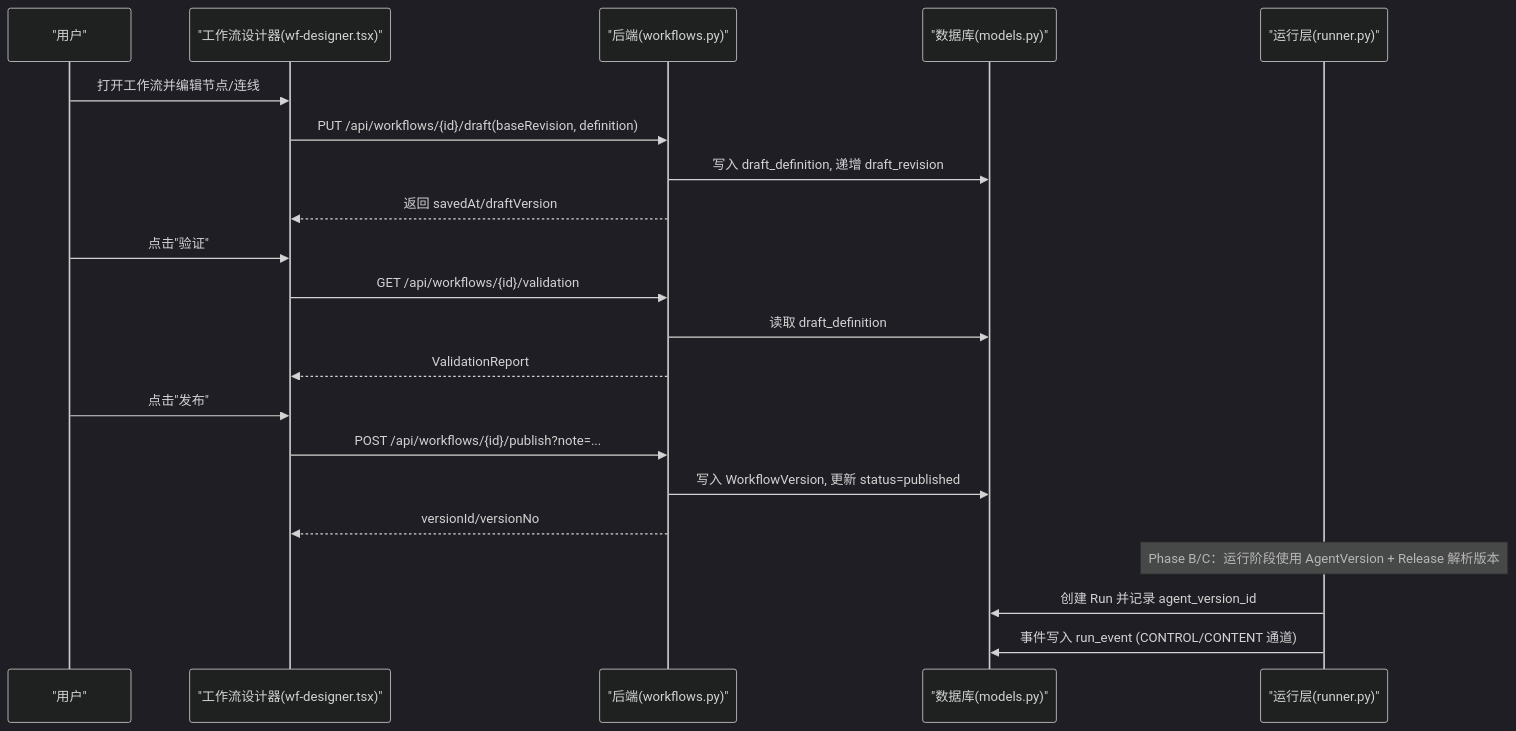
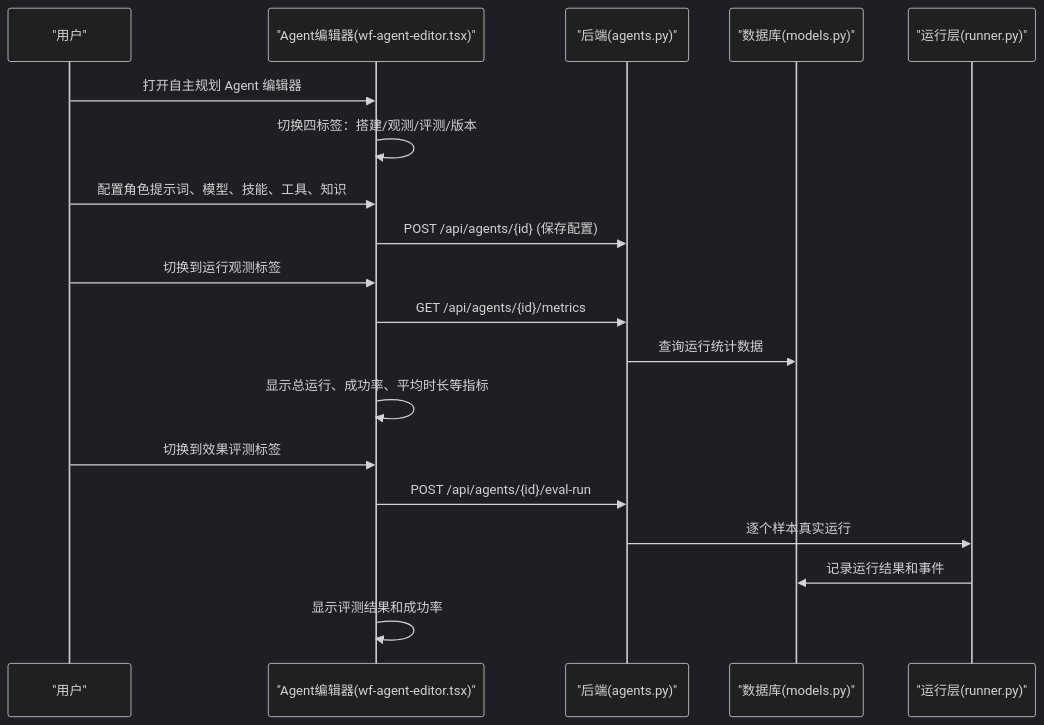
The first of 3 diagrams in .qoder/repowiki/zh/content/Agent 与工作流域.md (huiliuxu780/MoreThanCorn), drawn with Mermaid (dark theme) before and after one commit. The commit also changed other lines of this file and 141 other files, not shown here.

````diff
--- a/.qoder/repowiki/zh/content/Agent 与工作流域.md
+++ b/.qoder/repowiki/zh/content/Agent 与工作流域.md
@@ -48,23 +54,21 @@
 ```mermaid
 sequenceDiagram
 participant U as "用户"
-participant FE as "工作流设计器(wf-designer.tsx)"
-participant API as "后端(workflows.py)"
+participant FE as "Agent编辑器(wf-agent-editor.tsx)"
+participant API as "后端(agents.py)"
 participant DB as "数据库(models.py)"
 participant RUN as "运行层(runner.py)"
-U->>FE : 打开工作流并编辑节点/连线
-FE->>API : PUT /api/workflows/{id}/draft(baseRevision, definition)
-API->>DB : 写入 draft_definition, 递增 draft_revision
-API-->>FE : 返回 savedAt/draftVersion
-U->>FE : 点击"验证"
-FE->>API : GET /api/workflows/{id}/validation
-API->>DB : 读取 draft_definition
-API-->>FE : ValidationReport
-U->>FE : 点击"发布"
-FE->>API : POST /api/workflows/{id}/publish?note=...
-API->>DB : 写入 WorkflowVersion, 更新 status=published
-API-->>FE : versionId/versionNo
-Note over RUN : Phase B/C：运行阶段使用 AgentVersion + Release 解析版本
-RUN->>DB : 创建 Run 并记录 agent_version_id
-RUN->>DB : 事件写入 run_event (CONTROL/CONTENT 通道)
+U->>FE : 打开自主规划 Agent 编辑器
+FE->>FE : 切换四标签：搭建/观测/评测/版本
+U->>FE : 配置角色提示词、模型、技能、工具、知识
+FE->>API : POST /api/agents/{id} (保存配置)
+U->>FE : 切换到运行观测标签
+FE->>API : GET /api/agents/{id}/metrics
+API->>DB : 查询运行统计数据
+FE->>FE : 显示总运行、成功率、平均时长等指标
+U->>FE : 切换到效果评测标签
+FE->>API : POST /api/agents/{id}/eval-run
+API->>RUN : 逐个样本真实运行
+RUN->>DB : 记录运行结果和事件
+FE->>FE : 显示评测结果和成功率
 ```
````
